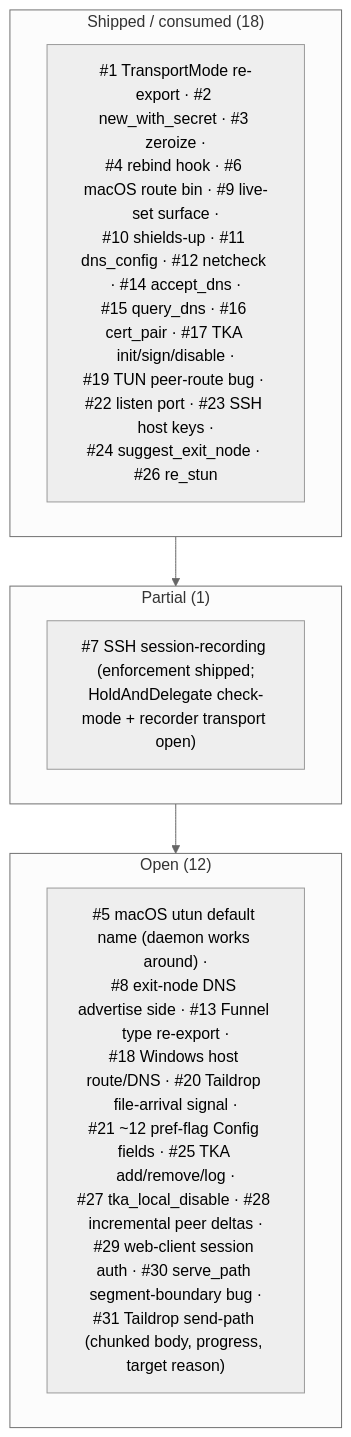
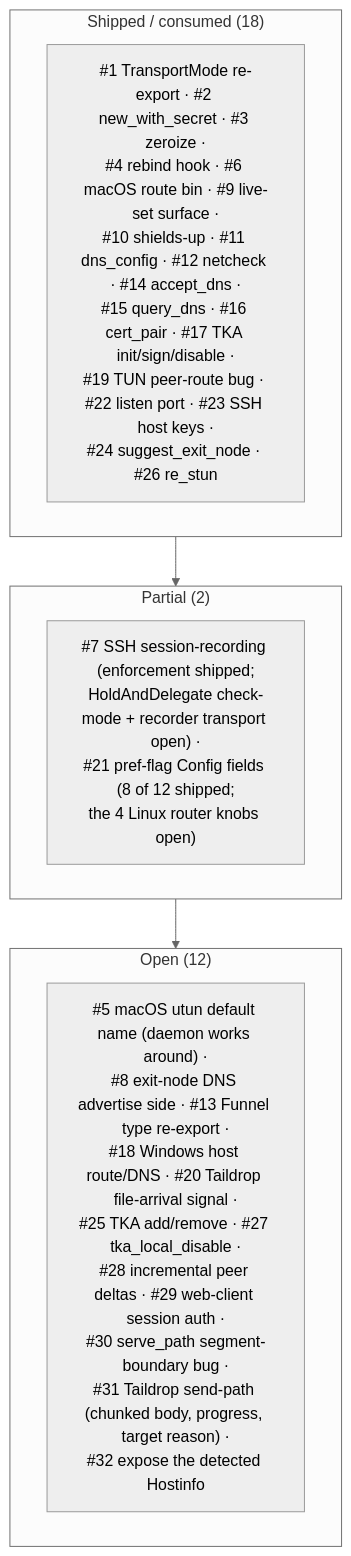
Before and after one commit to GeiserX/tailscaled-rs: the third of 3 diagrams in docs/PARITY_GAP_ANALYSIS.md, drawn with Mermaid (neutral theme). The commit also changed other lines of this file and 1 other file, not shown here.

````diff
--- a/docs/PARITY_GAP_ANALYSIS.md
+++ b/docs/PARITY_GAP_ANALYSIS.md
@@ -200,13 +240,13 @@
 ```mermaid
 flowchart TB
     subgraph SHIPPED["Shipped / consumed (18)"]
         S["#1 TransportMode re-export · #2 new_with_secret · #3 zeroize ·<br/>#4 rebind hook · #6 macOS route bin · #9 live-set surface ·<br/>#10 shields-up · #11 dns_config · #12 netcheck · #14 accept_dns ·<br/>#15 query_dns · #16 cert_pair · #17 TKA init/sign/disable ·<br/>#19 TUN peer-route bug · #22 listen port · #23 SSH host keys ·<br/>#24 suggest_exit_node · #26 re_stun"]
     end
-    subgraph PARTIAL["Partial (1)"]
-        P["#7 SSH session-recording (enforcement shipped;<br/>HoldAndDelegate check-mode + recorder transport open)"]
+    subgraph PARTIAL["Partial (2)"]
+        P["#7 SSH session-recording (enforcement shipped;<br/>HoldAndDelegate check-mode + recorder transport open) ·<br/>#21 pref-flag Config fields (8 of 12 shipped;<br/>the 4 Linux router knobs open)"]
     end
     subgraph OPEN["Open (12)"]
-        O["#5 macOS utun default name (daemon works around) ·<br/>#8 exit-node DNS advertise side · #13 Funnel type re-export ·<br/>#18 Windows host route/DNS · #20 Taildrop file-arrival signal ·<br/>#21 ~12 pref-flag Config fields · #25 TKA add/remove/log ·<br/>#27 tka_local_disable · #28 incremental peer deltas ·<br/>#29 web-client session auth · #30 serve_path segment-boundary bug ·<br/>#31 Taildrop send-path (chunked body, progress, target reason)"]
+        O["#5 macOS utun default name (daemon works around) ·<br/>#8 exit-node DNS advertise side · #13 Funnel type re-export ·<br/>#18 Windows host route/DNS · #20 Taildrop file-arrival signal ·<br/>#25 TKA add/remove · #27 tka_local_disable ·<br/>#28 incremental peer deltas · #29 web-client session auth ·<br/>#30 serve_path segment-boundary bug ·<br/>#31 Taildrop send-path (chunked body, progress, target reason) ·<br/>#32 expose the detected Hostinfo"]
     end
     SHIPPED --> PARTIAL --> OPEN
 ```
````
